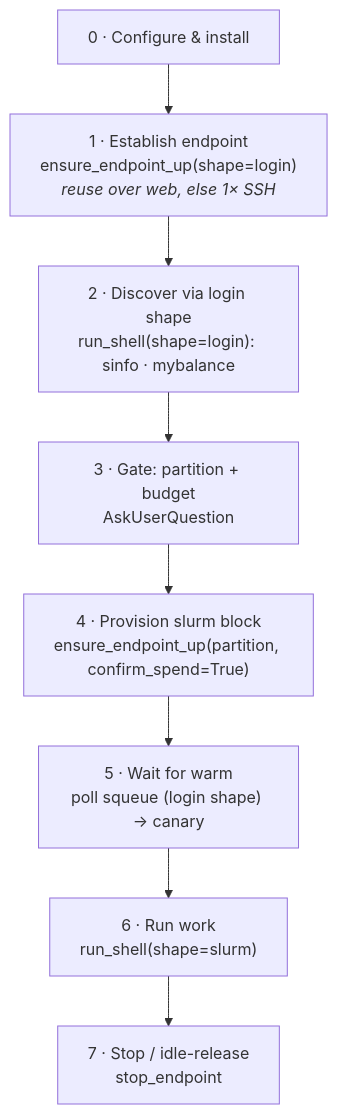
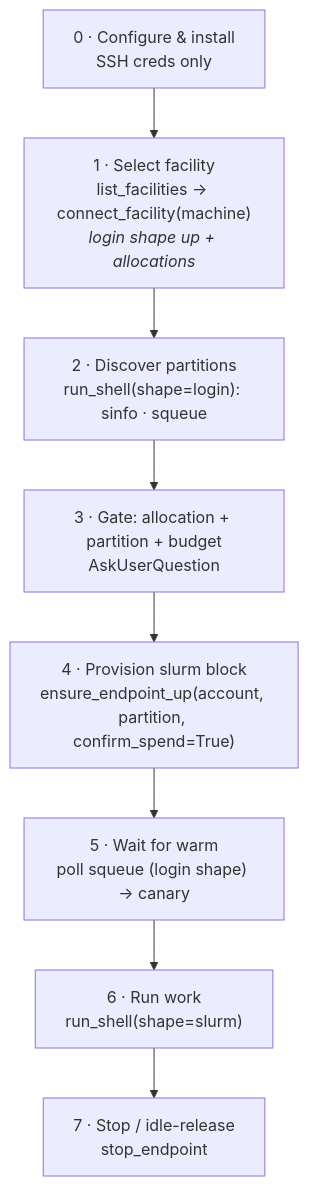
One commit to ryanchard/hpc-bridge changed the diagram in docs/hpc-bridge-vault/Happy path.md. Above: the diagram before and after it, drawn with Mermaid. The commit also changed other lines of this file and 12 other files, not shown here.

First line of the commit message:
docs(vault)+skill: reconcile to the agentic flow (Plan 2)

````diff
--- a/docs/hpc-bridge-vault/Happy path.md
+++ b/docs/hpc-bridge-vault/Happy path.md
@@ -8,10 +8,10 @@
 ```mermaid
 flowchart TD
-  C["0 · Configure & install"] --> E["1 · Establish endpoint<br/>ensure_endpoint_up(shape=login)<br/><i>reuse over web, else 1× SSH</i>"]
-  E --> D["2 · Discover via login shape<br/>run_shell(shape=login): sinfo · mybalance"]
-  D --> G["3 · Gate: partition + budget<br/>AskUserQuestion"]
-  G --> P["4 · Provision slurm block<br/>ensure_endpoint_up(partition, confirm_spend=True)"]
+  C["0 · Configure & install<br/>SSH creds only"] --> L["1 · Select facility<br/>list_facilities → connect_facility(machine)<br/><i>login shape up + allocations</i>"]
+  L --> D["2 · Discover partitions<br/>run_shell(shape=login): sinfo · squeue"]
+  D --> G["3 · Gate: allocation + partition + budget<br/>AskUserQuestion"]
+  G --> P["4 · Provision slurm block<br/>ensure_endpoint_up(account, partition, confirm_spend=True)"]
   P --> W["5 · Wait for warm<br/>poll squeue (login shape) → canary"]
   W --> R["6 · Run work<br/>run_shell(shape=slurm)"]
   R --> S["7 · Stop / idle-release<br/>stop_endpoint"]
 ```
````
